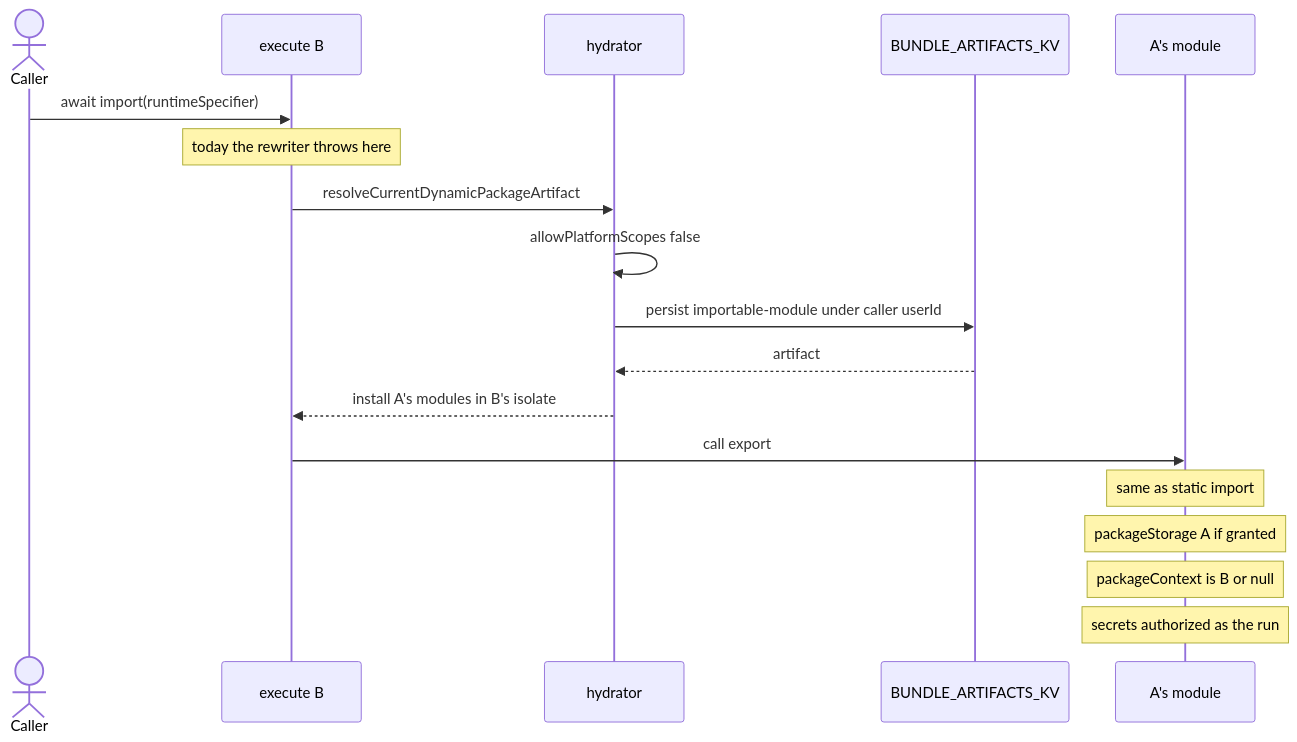
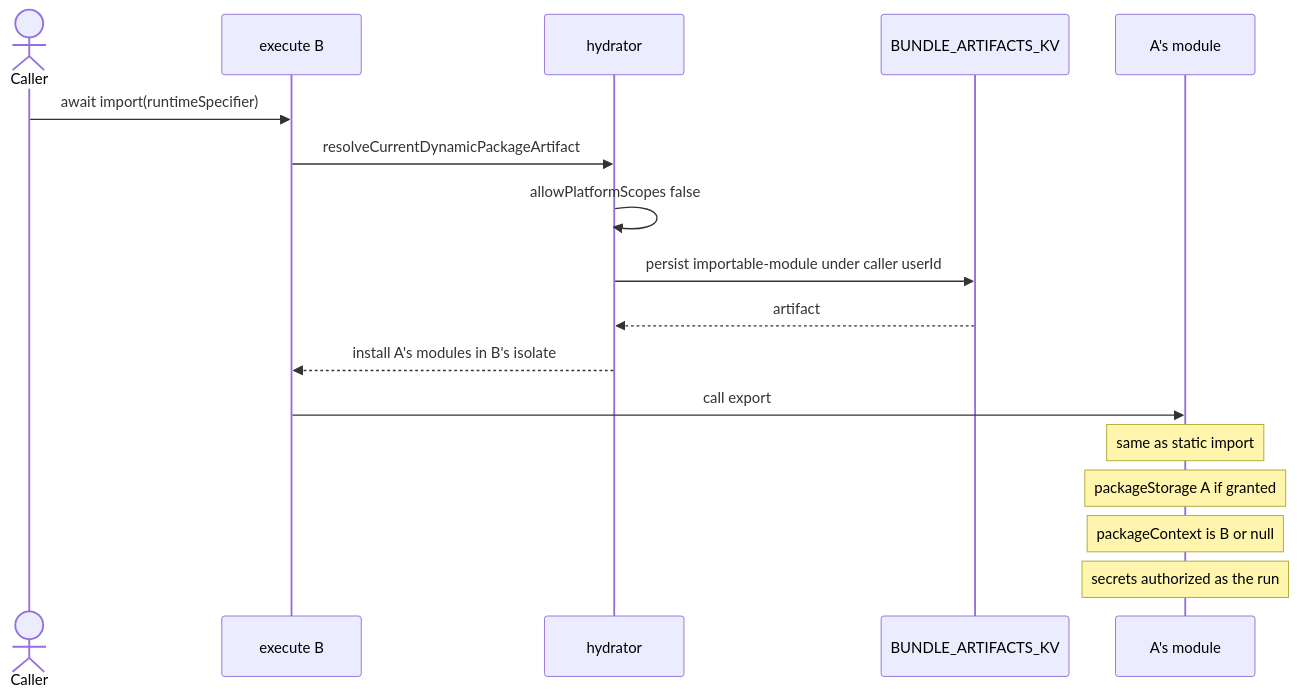
One commit to kentcdodds/kody changed the fourth of 5 diagrams in docs/contributing/package-storage-static-imports.md. Above: the diagram before and after it, drawn with Mermaid. The commit also changed other lines of this file and 11 other files, not shown here.

````diff
--- a/docs/contributing/package-storage-static-imports.md
+++ b/docs/contributing/package-storage-static-imports.md
@@ -291,20 +155,19 @@
 ```mermaid
 sequenceDiagram
 	actor Caller
 	participant Execute as execute B
 	participant Hydrate as hydrator
 	participant KV as BUNDLE_ARTIFACTS_KV
 	participant Amod as A's module
 	Caller->>Execute: await import(runtimeSpecifier)
-	Note over Execute: today the rewriter throws here
 	Execute->>Hydrate: resolveCurrentDynamicPackageArtifact
 	Hydrate->>Hydrate: allowPlatformScopes false
 	Hydrate->>KV: persist importable-module under caller userId
 	KV-->>Hydrate: artifact
 	Hydrate-->>Execute: install A's modules in B's isolate
 	Execute->>Amod: call export
 	Note over Amod: same as static import
 	Note over Amod: packageStorage A if granted
 	Note over Amod: packageContext is B or null
 	Note over Amod: secrets authorized as the run
 ```
````
